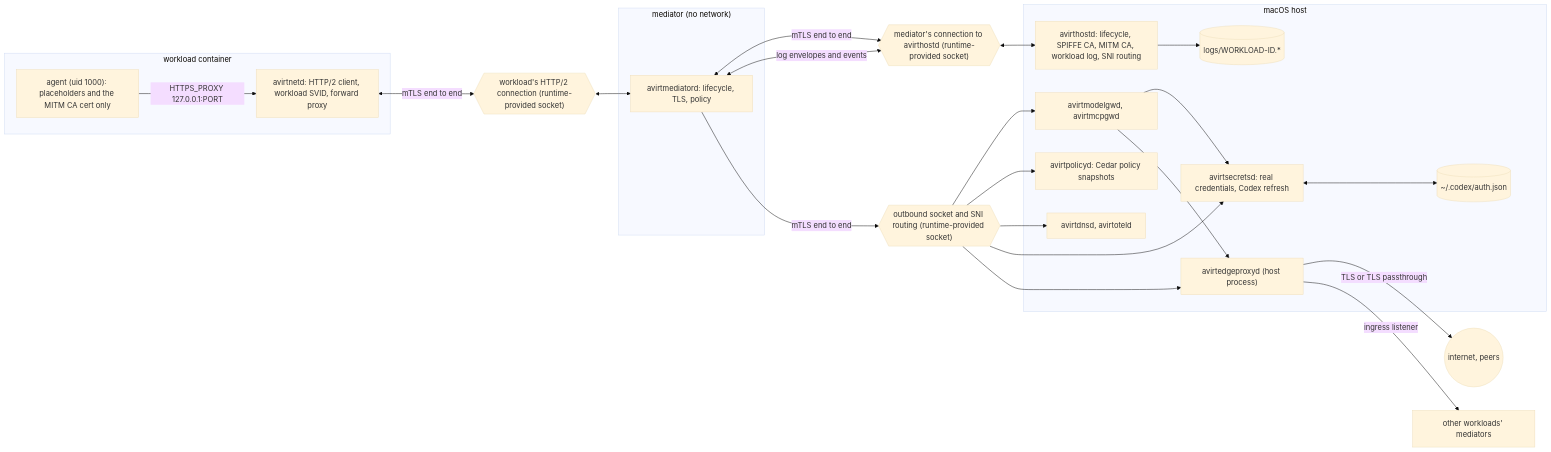
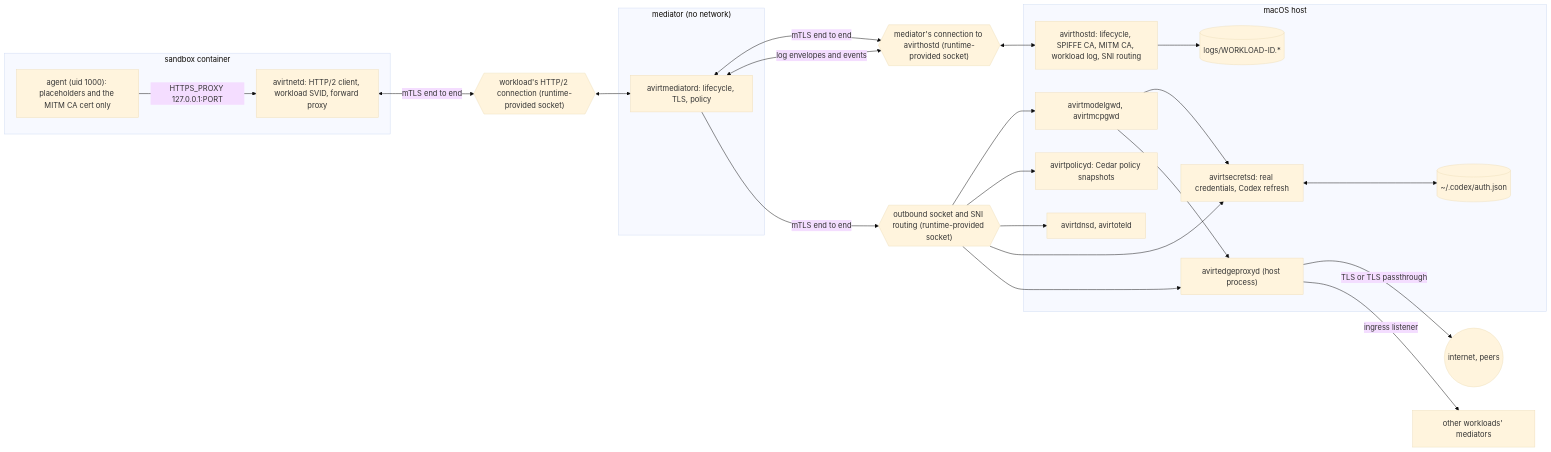
One commit to tbhb-dev/avirt changed the second of 2 diagrams in docs/architecture.md. Above: the diagram before and after it, drawn with Mermaid (base theme). The commit also changed other lines of this file and 54 other files, not shown here.

````diff
--- a/docs/architecture.md
+++ b/docs/architecture.md
@@ -71,41 +71,41 @@
 ```mermaid
 flowchart LR
     subgraph host["macOS host"]
         hostd["avirthostd: lifecycle, SPIFFE CA, MITM CA, workload log, SNI routing"]
         secrets["avirtsecretsd: real credentials, Codex refresh"]
         policy["avirtpolicyd: Cedar policy snapshots"]
         svc["avirtdnsd, avirtoteld"]
         gw["avirtmodelgwd, avirtmcpgwd"]
         logs[("logs/WORKLOAD-ID.*")]
         hostauth[("~/.codex/auth.json")]
         hostd --> logs
         secrets <--> hostauth
         fd["avirtedgeproxyd (host process)"]
         gw --> secrets
     end
     gw --> fd
     subgraph medvm["mediator (no network)"]
         me["avirtmediatord: lifecycle, TLS, policy"]
     end
-    subgraph wl["workload container"]
+    subgraph wl["sandbox container"]
         net["avirtnetd: HTTP/2 client, workload SVID, forward proxy"]
         agent["agent (uid 1000): placeholders and the MITM CA cert only"]
         agent -->|"HTTPS_PROXY 127.0.0.1:PORT"| net
     end
     wconn{{"workload's HTTP/2 connection (runtime-provided socket)"}}
     hchan{{"mediator's connection to avirthostd (runtime-provided socket)"}}
     schan{{"outbound socket and SNI routing (runtime-provided socket)"}}
     net <-->|"mTLS end to end"| wconn
     wconn <--> me
     me <-->|"mTLS end to end"| hchan
     hchan <--> hostd
     me <-->|"log envelopes and events"| hchan
     me -->|"mTLS end to end"| schan
     schan --> gw
     schan --> policy
     schan --> svc
     schan --> secrets
     schan --> fd
     fd -->|"TLS or TLS passthrough"| upstream(("internet, peers"))
     fd -->|"ingress listener"| other["other workloads' mediators"]
 ```
````
